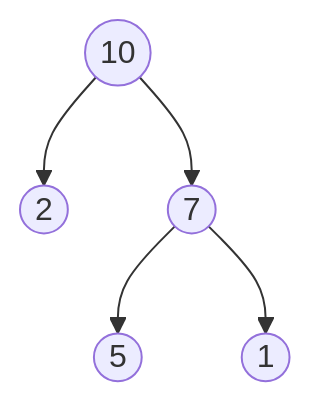
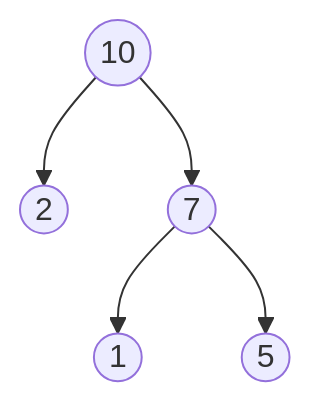
Before and after one commit to GeneralLi95/leetcode: the diagram in Notes/堆.md, drawn with Mermaid. The commit also changed other lines of this file, not shown here.

````diff
--- a/Notes/堆.md
+++ b/Notes/堆.md
@@ -14,13 +14,13 @@
 ```mermaid
 graph TB
 
 10((10))
 7((7))
 5((5))
 1((1))
 2((2))
 10-->7
 10-->2
+7-->1
 7-->5
-7-->1
 ```
````
